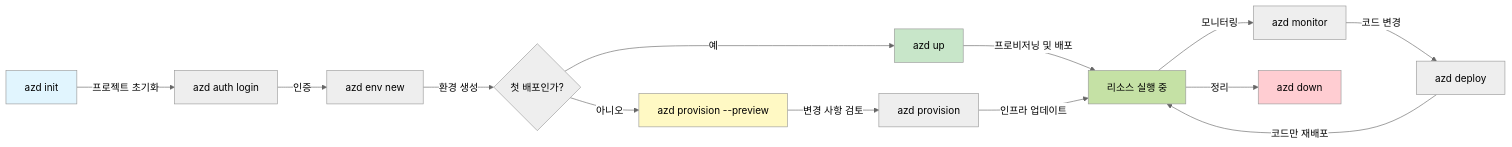
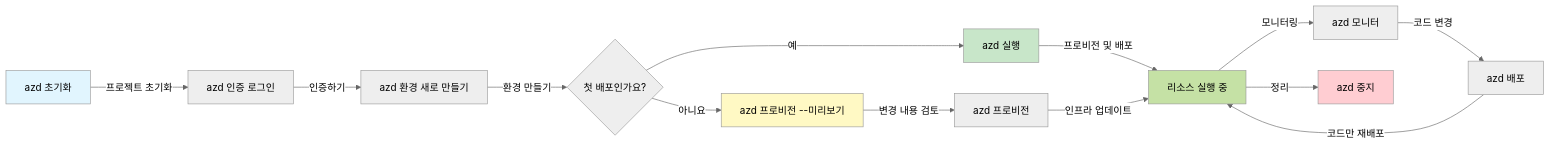
Before and after one commit to microsoft/AZD-for-beginners: the first of 2 diagrams in translations/ko/docs/chapter-01-foundation/azd-basics.md, drawn with Mermaid (neutral theme). The commit also changed other lines of this file and 101 other files, not shown here.

````diff
--- a/translations/ko/docs/chapter-01-foundation/azd-basics.md
+++ b/translations/ko/docs/chapter-01-foundation/azd-basics.md
@@ -254,21 +269,21 @@
 ```mermaid
 graph LR
-    A[azd init] -->|프로젝트 초기화| B[azd auth login]
-    B -->|인증| C[azd env new]
-    C -->|환경 생성| D{첫 배포인가?}
-    D -->|예| E[azd up]
-    D -->|아니오| F[azd provision --preview]
-    F -->|변경 사항 검토| G[azd provision]
-    E -->|프로비저닝 및 배포| H[리소스 실행 중]
+    A[azd 초기화] -->|프로젝트 초기화| B[azd 인증 로그인]
+    B -->|인증하기| C[azd 환경 새로 만들기]
+    C -->|환경 만들기| D{첫 배포인가요?}
+    D -->|예| E[azd 실행]
+    D -->|아니요| F[azd 프로비전 --미리보기]
+    F -->|변경 내용 검토| G[azd 프로비전]
+    E -->|프로비전 및 배포| H[리소스 실행 중]
     G -->|인프라 업데이트| H
-    H -->|모니터링| I[azd monitor]
-    I -->|코드 변경| J[azd deploy]
+    H -->|모니터링| I[azd 모니터]
+    I -->|코드 변경| J[azd 배포]
     J -->|코드만 재배포| H
-    H -->|정리| K[azd down]
+    H -->|정리| K[azd 중지]
     
     style A fill:#e1f5fe
     style E fill:#c8e6c9
     style F fill:#fff9c4
     style H fill:#c5e1a5
     style K fill:#ffcdd2
 ```
````
